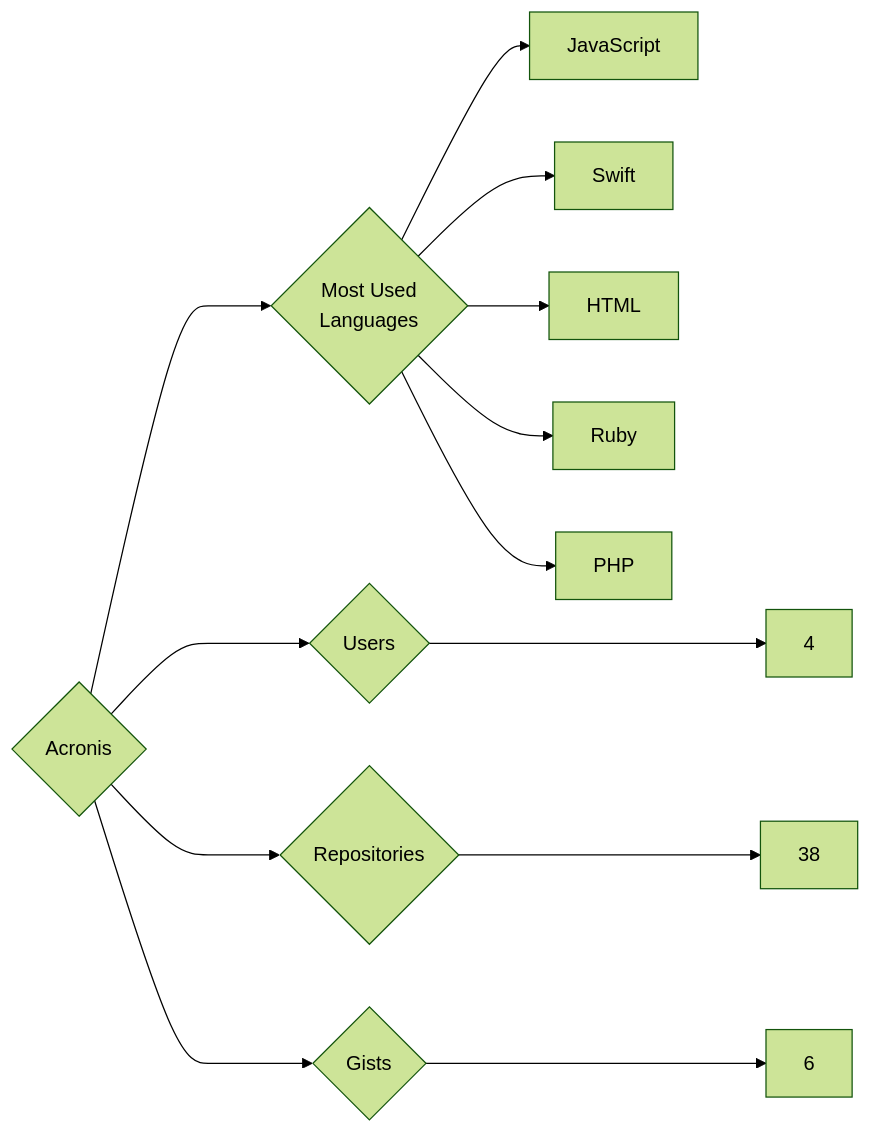
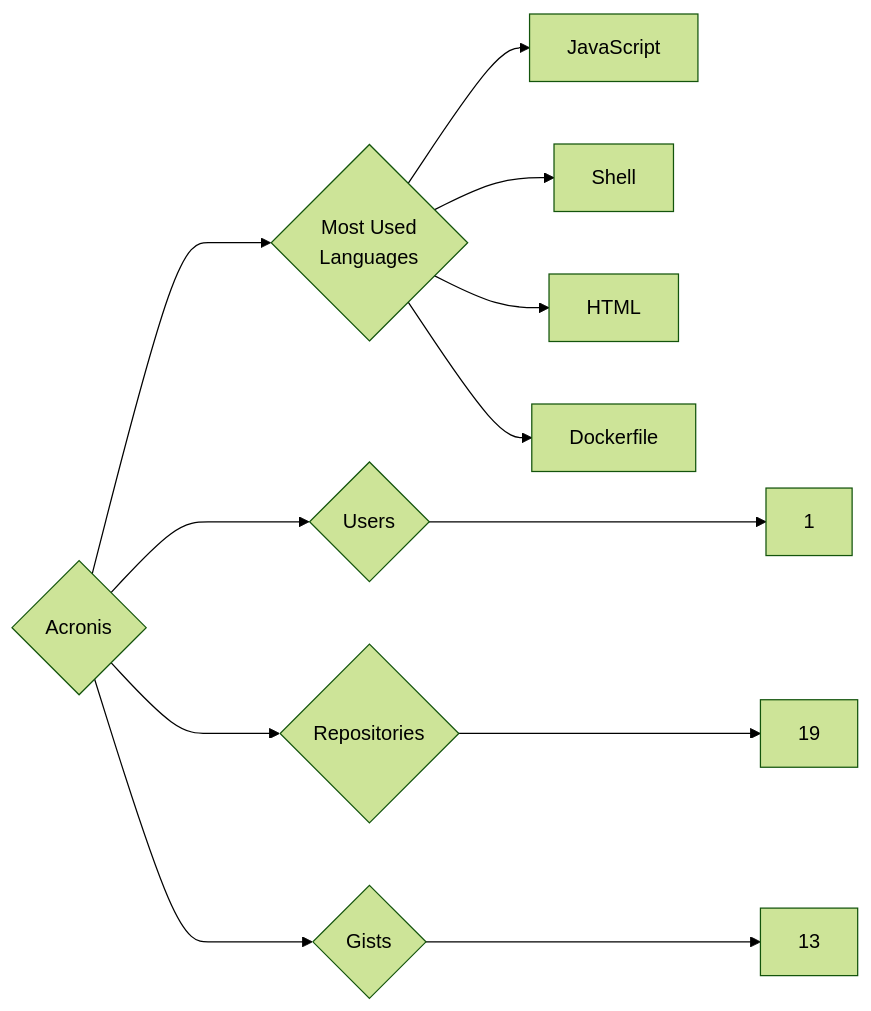
One commit to trickest/insiders changed the diagram in targets/Acronis/README.md. Above: the diagram before and after it, drawn with Mermaid (forest theme). The commit also changed 618 other files, not shown here.

````diff
--- a/targets/Acronis/README.md
+++ b/targets/Acronis/README.md
@@ -3,13 +3,12 @@
 ```mermaid
 graph LR
 COMPANY_NAME{Acronis}
-COMPANY_NAME ---> U{Users} ---> UN[4]
-COMPANY_NAME ---> R{Repositories} ---> RN[38]
-COMPANY_NAME ---> G{Gists} ---> GN[6]
+COMPANY_NAME ---> U{Users} ---> UN[1]
+COMPANY_NAME ---> R{Repositories} ---> RN[19]
+COMPANY_NAME ---> G{Gists} ---> GN[13]
 COMPANY_NAME ---> ML{Most Used<br>Languages}
 ML --> JavaScript[JavaScript]
-ML --> Swift[Swift]
+ML --> Shell[Shell]
 ML --> HTML[HTML]
-ML --> Ruby[Ruby]
-ML --> PHP[PHP]
+ML --> Dockerfile[Dockerfile]
 ```
````
